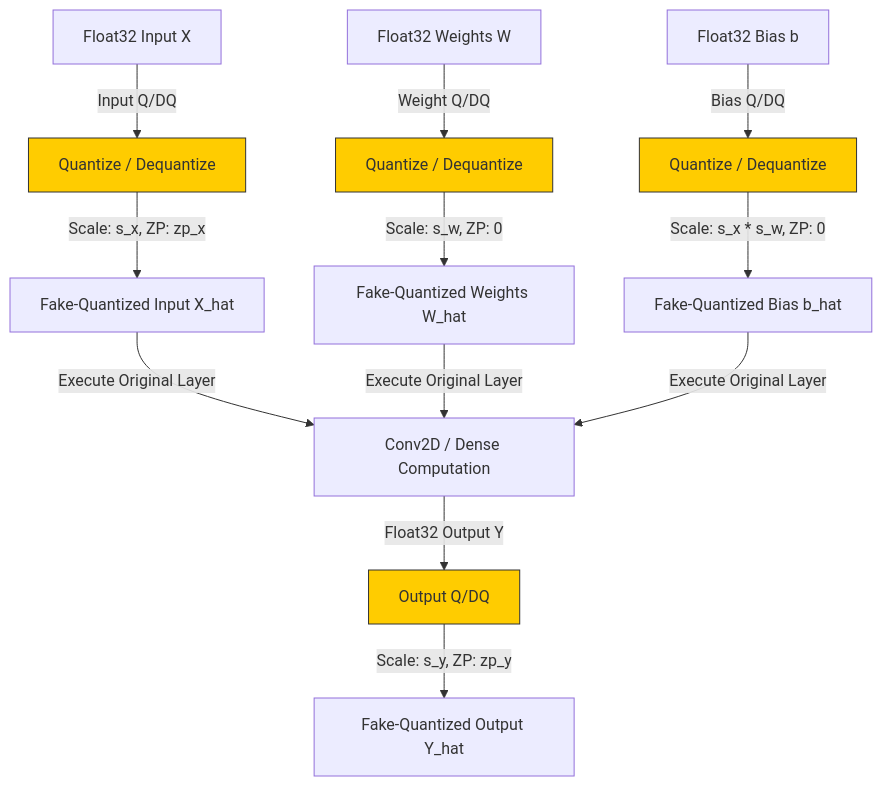
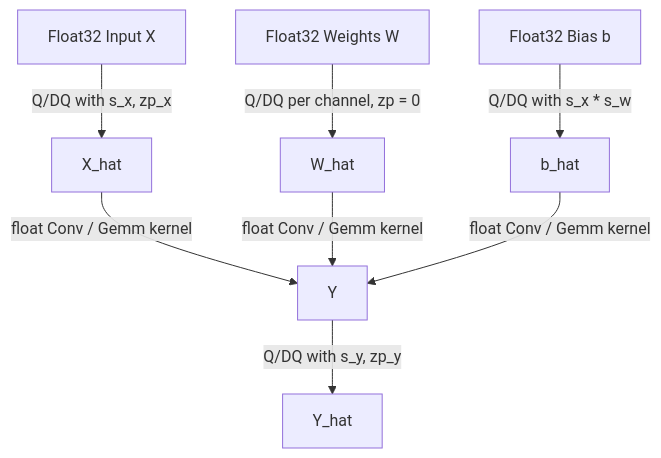
Before and after one commit to Anh26535D/QuantAnything: the third of 4 diagrams in quantization_architecture.md, drawn with Mermaid. The commit also changed other lines of this file and 104 other files, not shown here.

First line of the commit message:
refactor: drop Keras, quantize ONNX graphs directly with NumPy + C++ kernels

````diff
--- a/quantization_architecture.md
+++ b/quantization_architecture.md
@@ -69,26 +93,8 @@
 ```mermaid
 graph TD
-    %% Input Path
-    In[Float32 Input X] -->|Input Q/DQ| InQ[Quantize / Dequantize]
-    InQ -->|Scale: s_x, ZP: zp_x| InFake[Fake-Quantized Input X_hat]
-    
-    %% Weight Path
-    W[Float32 Weights W] -->|Weight Q/DQ| WQ[Quantize / Dequantize]
-    WQ -->|Scale: s_w, ZP: 0 | WFake[Fake-Quantized Weights W_hat]
-    
-    %% Bias Path
-    B[Float32 Bias b] -->|Bias Q/DQ| BQ[Quantize / Dequantize]
-    BQ -->|Scale: s_x * s_w, ZP: 0| BFake[Fake-Quantized Bias b_hat]
-    
-    %% Computation
-    InFake & WFake & BFake -->|Execute Original Layer| Op[Conv2D / Dense Computation]
-    Op -->|Float32 Output Y| OutQ[Output Q/DQ]
-    
-    %% Output Path
-    OutQ -->|Scale: s_y, ZP: zp_y| OutFake[Fake-Quantized Output Y_hat]
-    
-    style InQ fill:#ffcc00,stroke:#333
-    style WQ fill:#ffcc00,stroke:#333
-    style BQ fill:#ffcc00,stroke:#333
-    style OutQ fill:#ffcc00,stroke:#333
+    In[Float32 Input X] -->|Q/DQ with s_x, zp_x| InFake[X_hat]
+    W[Float32 Weights W] -->|Q/DQ per channel, zp = 0| WFake[W_hat]
+    B[Float32 Bias b] -->|Q/DQ with s_x * s_w| BFake[b_hat]
+    InFake & WFake & BFake -->|float Conv / Gemm kernel| Op[Y]
+    Op -->|Q/DQ with s_y, zp_y| OutFake[Y_hat]
 ```
````
